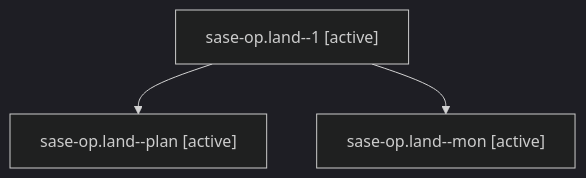
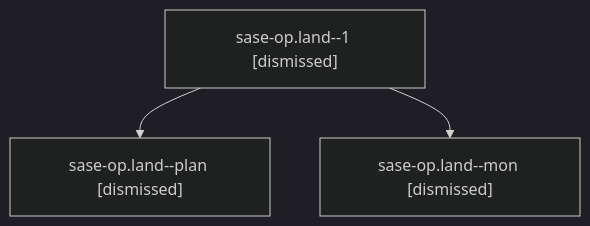
Before and after one commit to sase-org/sase--agents: the diagram in sessions/bbugyi200.athena.sase-op.land.md, drawn with Mermaid (dark theme). The commit also changed other lines of this file and 120 other files, not shown here.

````diff
--- a/sessions/bbugyi200.athena.sase-op.land.md
+++ b/sessions/bbugyi200.athena.sase-op.land.md
@@ -9,8 +9,8 @@
 ```mermaid
 flowchart TD
-  n0["sase-op.land--1 [active]"]
-  n1["sase-op.land--plan [active]"]
+  n0["sase-op.land--1 [dismissed]"]
+  n1["sase-op.land--plan [dismissed]"]
   n0 --> n1
-  n2["sase-op.land--mon [active]"]
+  n2["sase-op.land--mon [dismissed]"]
   n0 --> n2
 ```
````
